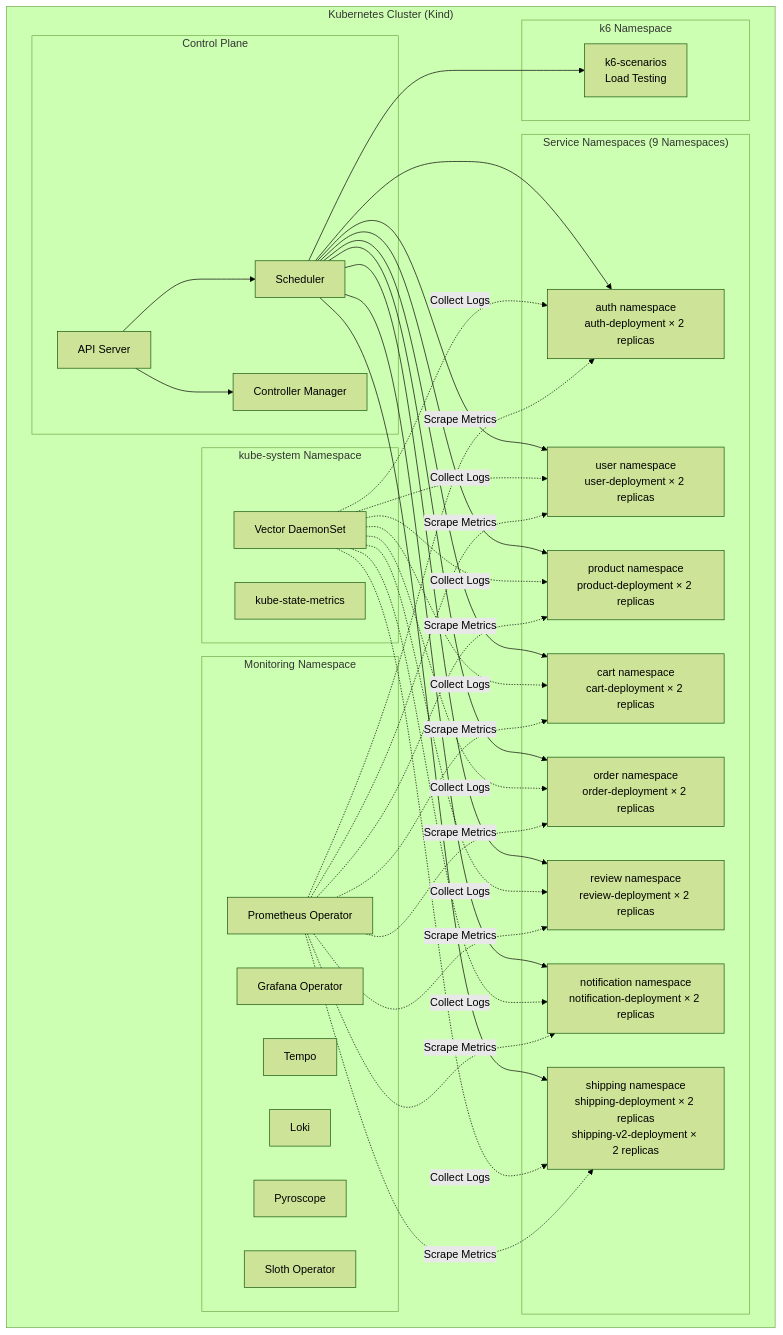
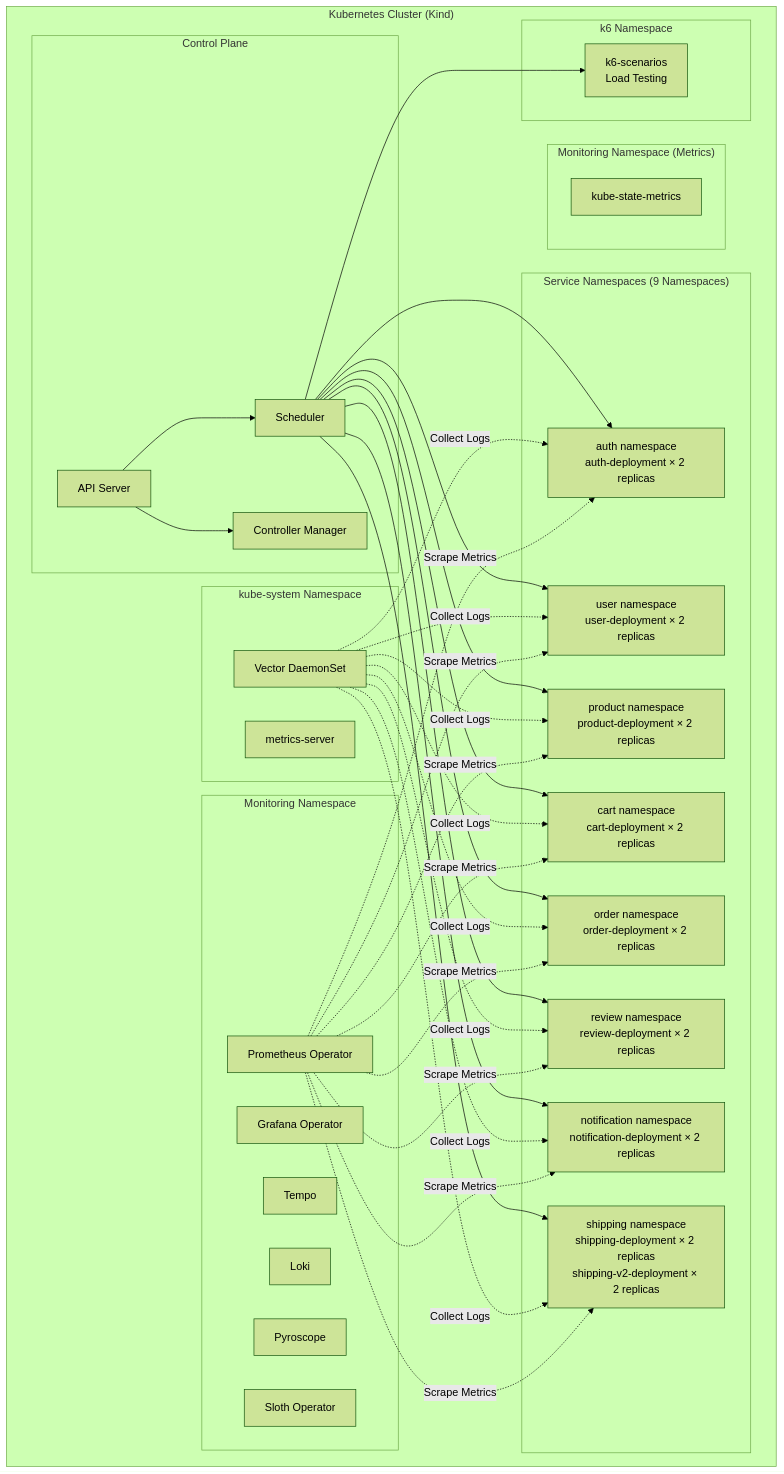
Before and after one commit to duynhlab/homelab: the second of 5 diagrams in specs/system-context/01-architecture-overview.md, drawn with Mermaid (forest theme). The commit also changed other lines of this file and 18 other files, not shown here.

````diff
--- a/specs/system-context/01-architecture-overview.md
+++ b/specs/system-context/01-architecture-overview.md
@@ -111,69 +111,73 @@
 ```mermaid
 flowchart TD
     subgraph "Kubernetes Cluster (Kind)"
         subgraph "Control Plane"
             APIServer[API Server]
             Scheduler[Scheduler]
             ControllerManager[Controller Manager]
         end
 
         subgraph "Monitoring Namespace"
             Prometheus[Prometheus Operator]
             GrafanaOp[Grafana Operator]
             Tempo[Tempo]
             Loki[Loki]
             Pyroscope[Pyroscope]
             Sloth[Sloth Operator]
         end
 
         subgraph "kube-system Namespace"
             Vector[Vector DaemonSet]
+            MetricsServer[metrics-server]
+        end
+
+        subgraph "Monitoring Namespace (Metrics)"
             KubeStateMetrics[kube-state-metrics]
         end
 
         subgraph "Service Namespaces (9 Namespaces)"
             NSAuth[auth namespace<br/>auth-deployment × 2 replicas]
             NSUser[user namespace<br/>user-deployment × 2 replicas]
             NSProduct[product namespace<br/>product-deployment × 2 replicas]
             NSCart[cart namespace<br/>cart-deployment × 2 replicas]
             NSOrder[order namespace<br/>order-deployment × 2 replicas]
             NSReview[review namespace<br/>review-deployment × 2 replicas]
             NSNotification[notification namespace<br/>notification-deployment × 2 replicas]
             NSShipping[shipping namespace<br/>shipping-deployment × 2 replicas<br/>shipping-v2-deployment × 2 replicas]
         end
 
         subgraph "k6 Namespace"
             K6Scenarios[k6-scenarios<br/>Load Testing]
         end
 
         APIServer --> Scheduler
         APIServer --> ControllerManager
         Scheduler --> NSAuth
         Scheduler --> NSUser
         Scheduler --> NSProduct
         Scheduler --> NSCart
         Scheduler --> NSOrder
         Scheduler --> NSReview
         Scheduler --> NSNotification
         Scheduler --> NSShipping
         Scheduler --> K6Scenarios
 
         Vector -.->|Collect Logs| NSAuth
         Vector -.->|Collect Logs| NSUser
         Vector -.->|Collect Logs| NSProduct
         Vector -.->|Collect Logs| NSCart
         Vector -.->|Collect Logs| NSOrder
         Vector -.->|Collect Logs| NSReview
         Vector -.->|Collect Logs| NSNotification
         Vector -.->|Collect Logs| NSShipping
 
         Prometheus -.->|Scrape Metrics| NSAuth
         Prometheus -.->|Scrape Metrics| NSUser
         Prometheus -.->|Scrape Metrics| NSProduct
         Prometheus -.->|Scrape Metrics| NSCart
         Prometheus -.->|Scrape Metrics| NSOrder
         Prometheus -.->|Scrape Metrics| NSReview
         Prometheus -.->|Scrape Metrics| NSNotification
         Prometheus -.->|Scrape Metrics| NSShipping
     end
 ```
````
